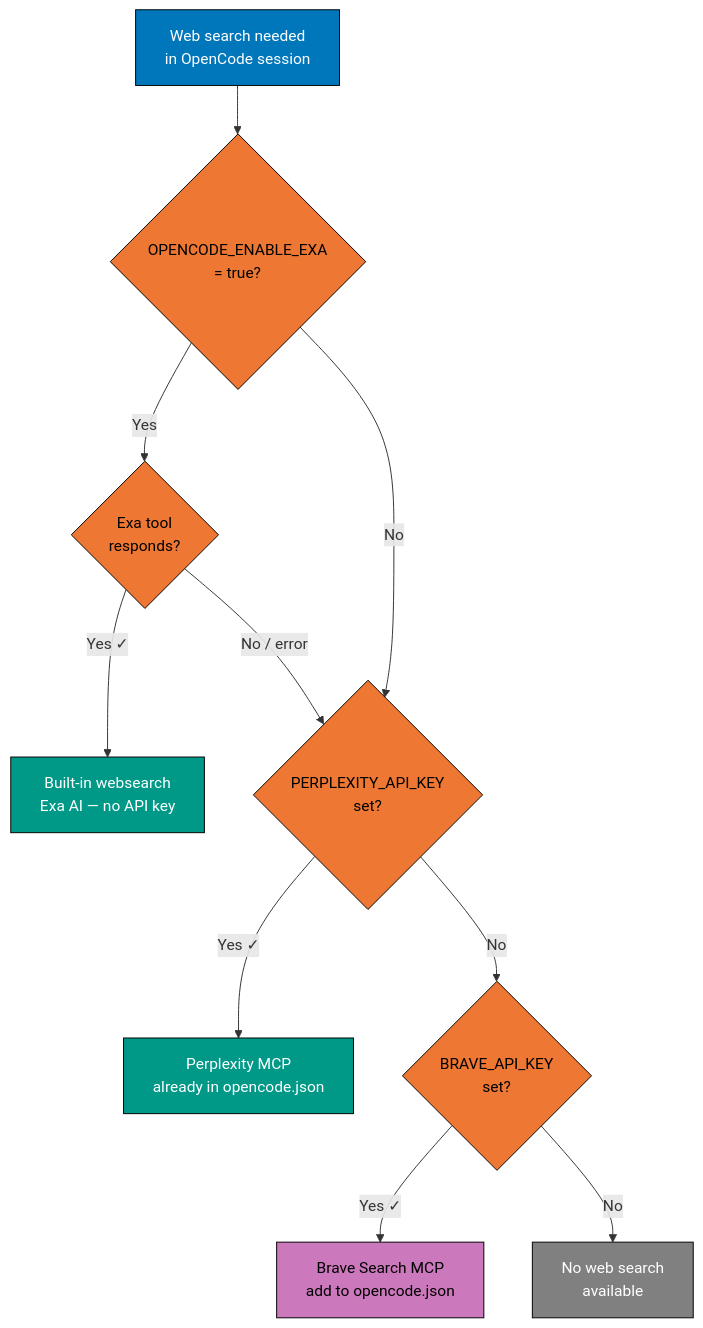
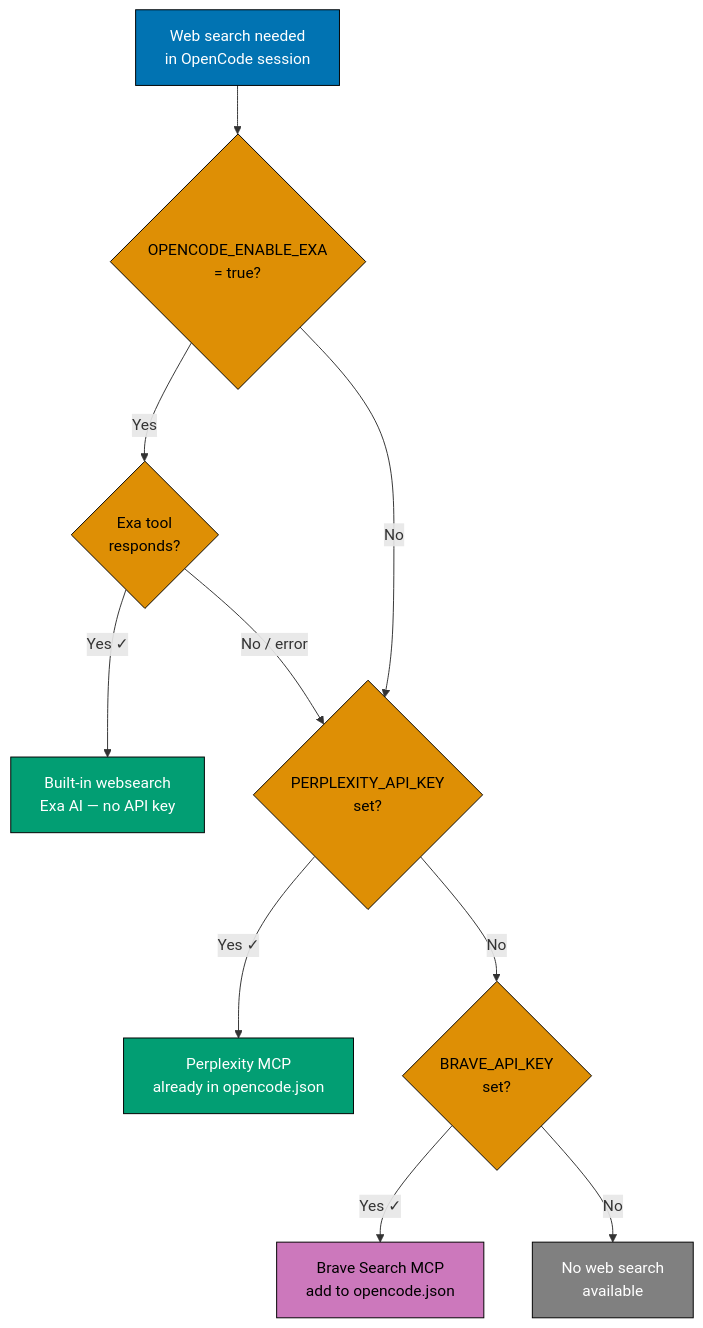
Before and after one commit to wahidyankf/ose-public: the third of 3 diagrams in plans/in-progress/2026-04-30__adopt-opencode-go/tech-docs.md, drawn with Mermaid. The commit also changed other lines of this file and 2 other files, not shown here.

````diff
--- a/plans/in-progress/2026-04-30__adopt-opencode-go/tech-docs.md
+++ b/plans/in-progress/2026-04-30__adopt-opencode-go/tech-docs.md
@@ -392,21 +392,21 @@
 ```mermaid
 flowchart TD
     A["Web search needed\nin OpenCode session"] --> B{"OPENCODE_ENABLE_EXA\n= true?"}
     B -->|Yes| C{"Exa tool\nresponds?"}
     C -->|"Yes ✓"| D["Built-in websearch\nExa AI — no API key"]
     C -->|"No / error"| E{"PERPLEXITY_API_KEY\nset?"}
     B -->|No| E
     E -->|"Yes ✓"| F["Perplexity MCP\nalready in opencode.json"]
     E -->|No| G{"BRAVE_API_KEY\nset?"}
     G -->|"Yes ✓"| H["Brave Search MCP\nadd to opencode.json"]
     G -->|No| I["No web search\navailable"]
-    style A fill:#0077BB,stroke:#000000,color:#FFFFFF
-    style B fill:#EE7733,stroke:#000000,color:#000000
-    style C fill:#EE7733,stroke:#000000,color:#000000
-    style D fill:#009988,stroke:#000000,color:#FFFFFF
-    style E fill:#EE7733,stroke:#000000,color:#000000
-    style F fill:#009988,stroke:#000000,color:#FFFFFF
-    style G fill:#EE7733,stroke:#000000,color:#000000
+    style A fill:#0173B2,stroke:#000000,color:#FFFFFF
+    style B fill:#DE8F05,stroke:#000000,color:#000000
+    style C fill:#DE8F05,stroke:#000000,color:#000000
+    style D fill:#029E73,stroke:#000000,color:#FFFFFF
+    style E fill:#DE8F05,stroke:#000000,color:#000000
+    style F fill:#029E73,stroke:#000000,color:#FFFFFF
+    style G fill:#DE8F05,stroke:#000000,color:#000000
     style H fill:#CC78BC,stroke:#000000,color:#000000
     style I fill:#808080,stroke:#000000,color:#FFFFFF
 ```
````
